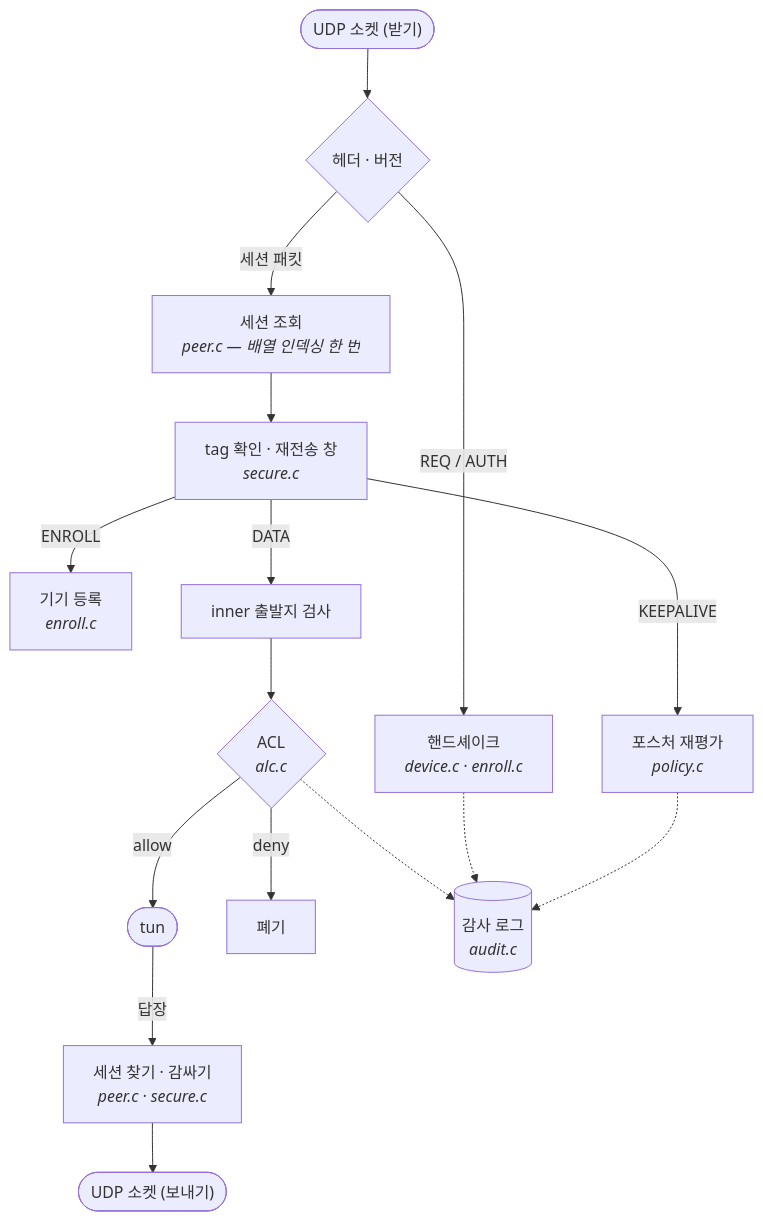
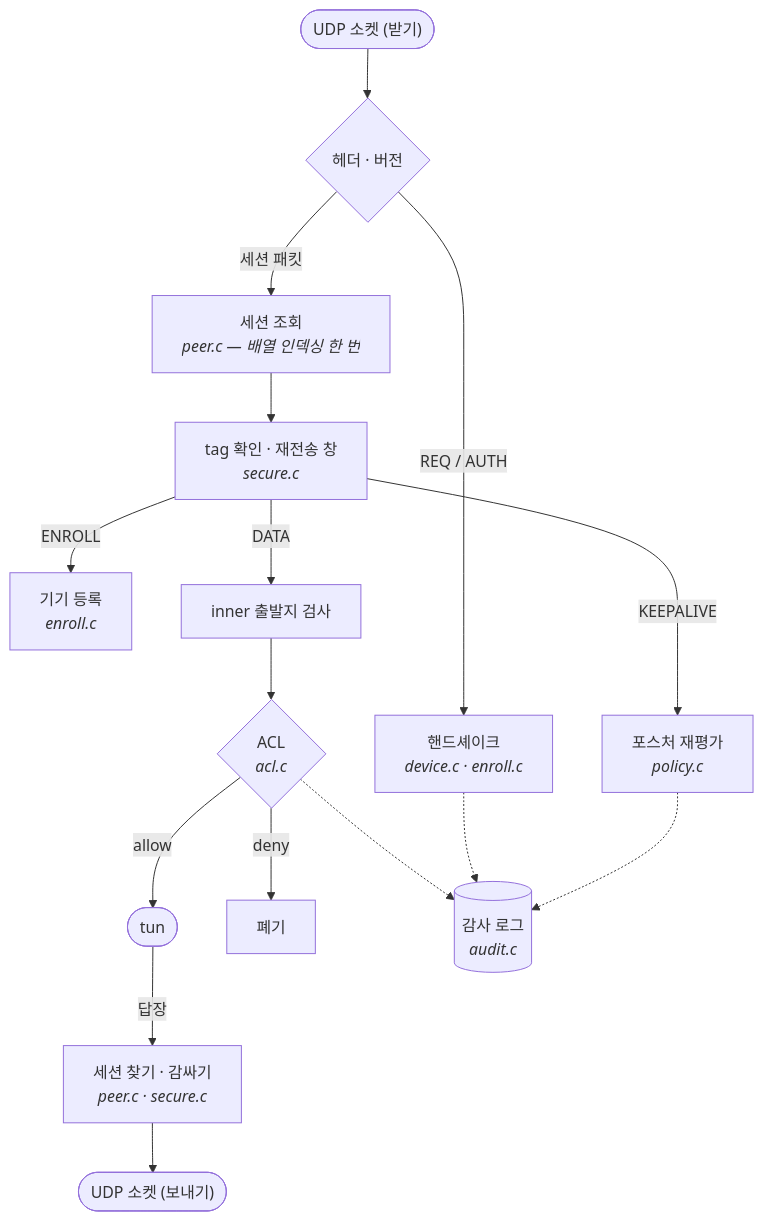
The seventh of 7 diagrams in README.md (k1msatgat/ztgate), drawn with Mermaid before and after one commit. The commit also changed other lines of this file and 5 other files, not shown here.

First line of the commit message:
서버: alc.c 를 acl.c 로 — acl.h 를 구현하는 파일의 이름 오타

````diff
--- a/README.md
+++ b/README.md
@@ -509,17 +509,17 @@
 ```mermaid
 flowchart TB
     UDP(["UDP 소켓 (받기)"]) --> HDR{"헤더 · 버전"}
     HDR -->|"REQ / AUTH"| HS["핸드셰이크<br/><i>device.c · enroll.c</i>"]
     HDR -->|"세션 패킷"| IDX["세션 조회<br/><i>peer.c — 배열 인덱싱 한 번</i>"]
     IDX --> OPEN["tag 확인 · 재전송 창<br/><i>secure.c</i>"]
     OPEN -->|"KEEPALIVE"| KA["포스처 재평가<br/><i>policy.c</i>"]
     OPEN -->|"ENROLL"| ENR["기기 등록<br/><i>enroll.c</i>"]
     OPEN -->|"DATA"| SRC["inner 출발지 검사"]
-    SRC --> ACL{"ACL<br/><i>alc.c</i>"}
+    SRC --> ACL{"ACL<br/><i>acl.c</i>"}
     ACL -->|"allow"| TUN(["tun"])
     ACL -->|"deny"| DROP["폐기"]
     ACL -.-> AUD[("감사 로그<br/><i>audit.c</i>")]
     HS -.-> AUD
     KA -.-> AUD
     TUN -->|"답장"| SEAL["세션 찾기 · 감싸기<br/><i>peer.c · secure.c</i>"] --> OUT(["UDP 소켓 (보내기)"])
 ```
````
